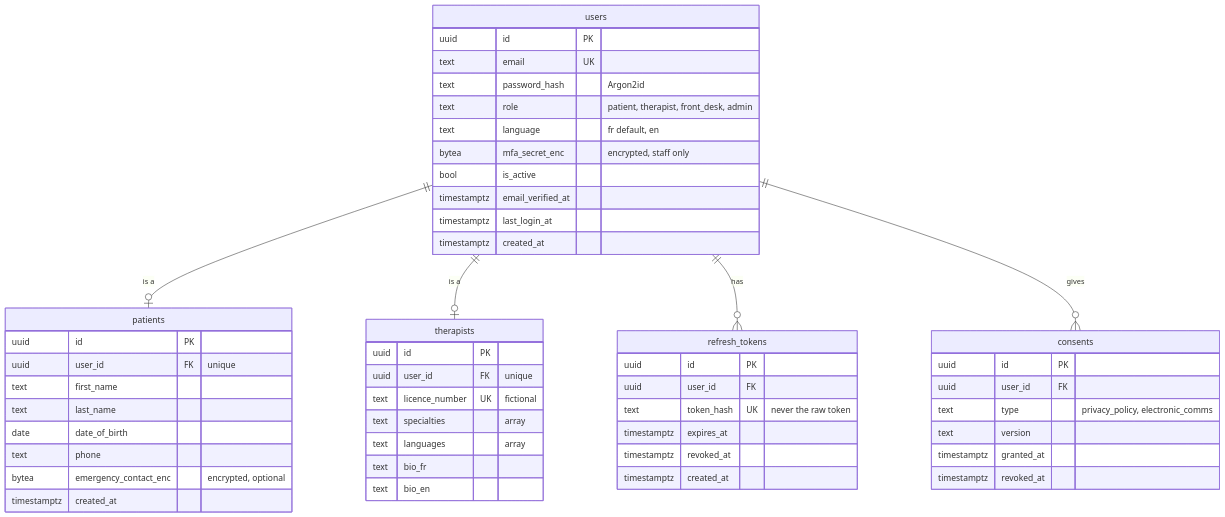
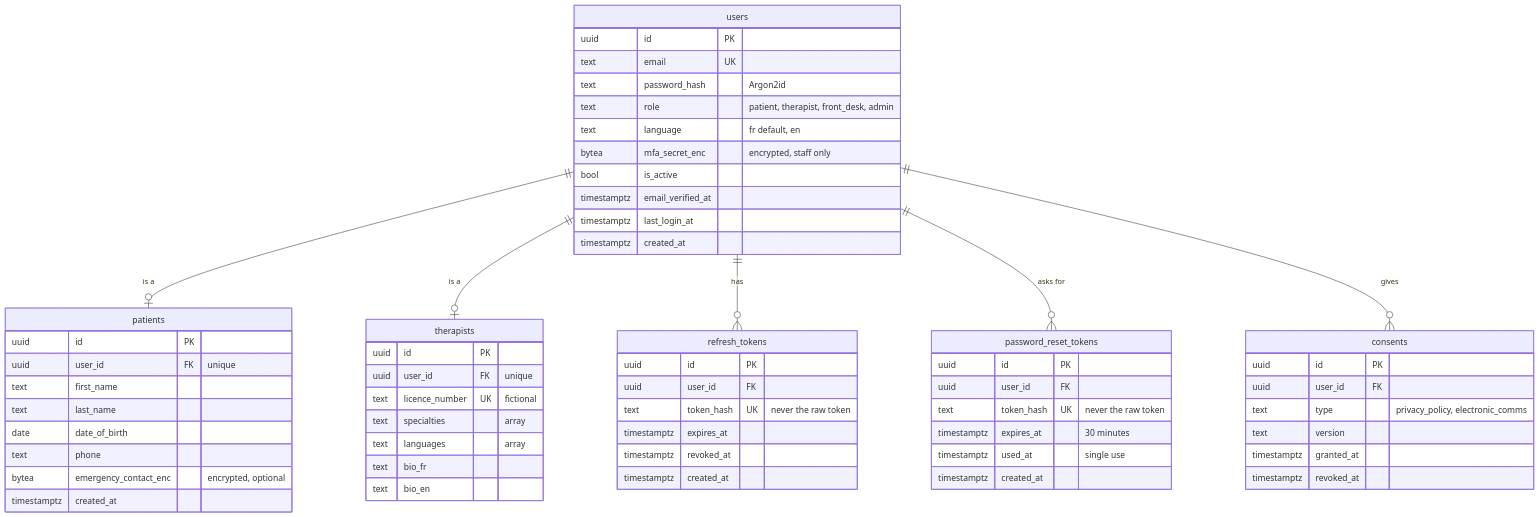
One commit to kkprojects5/clinique-physio changed the second of 7 diagrams in docs/erd.md. Above: the diagram before and after it, drawn with Mermaid. The commit also changed other lines of this file and 36 other files, not shown here.

First line of the commit message:
feat(auth): password reset without user enumeration (closes #58) (#107)

````diff
--- a/docs/erd.md
+++ b/docs/erd.md
@@ -45,55 +45,64 @@
 ```mermaid
 erDiagram
     users ||--o| patients : "is a"
     users ||--o| therapists : "is a"
     users ||--o{ refresh_tokens : "has"
+    users ||--o{ password_reset_tokens : "asks for"
     users ||--o{ consents : "gives"
     users {
         uuid id PK
         text email UK
         text password_hash "Argon2id"
         text role "patient, therapist, front_desk, admin"
         text language "fr default, en"
         bytea mfa_secret_enc "encrypted, staff only"
         bool is_active
         timestamptz email_verified_at
         timestamptz last_login_at
         timestamptz created_at
     }
     patients {
         uuid id PK
         uuid user_id FK "unique"
         text first_name
         text last_name
         date date_of_birth
         text phone
         bytea emergency_contact_enc "encrypted, optional"
         timestamptz created_at
     }
     therapists {
         uuid id PK
         uuid user_id FK "unique"
         text licence_number UK "fictional"
         text specialties "array"
         text languages "array"
         text bio_fr
         text bio_en
     }
     refresh_tokens {
         uuid id PK
         uuid user_id FK
         text token_hash UK "never the raw token"
         timestamptz expires_at
         timestamptz revoked_at
         timestamptz created_at
     }
+    password_reset_tokens {
+        uuid id PK
+        uuid user_id FK
+        text token_hash UK "never the raw token"
+        timestamptz expires_at "30 minutes"
+        timestamptz used_at "single use"
+        timestamptz created_at
+    }
     consents {
         uuid id PK
         uuid user_id FK
         text type "privacy_policy, electronic_comms"
         text version
         timestamptz granted_at
         timestamptz revoked_at
     }
 
 ```
````
